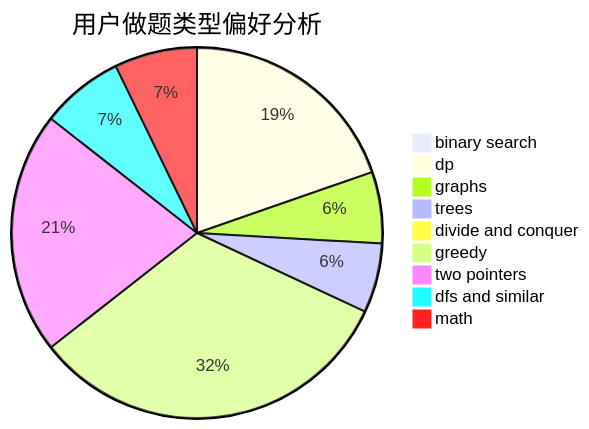
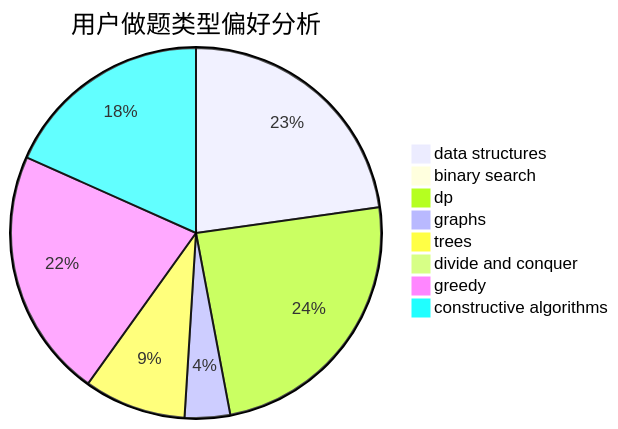
Before and after one commit to sherpahu/cfrs.github.io: the second of 3 diagrams in docs/user/u2190.md, drawn with Mermaid. The commit also changed other lines of this file and 2775 other files, not shown here.

````diff
--- a/docs/user/u2190.md
+++ b/docs/user/u2190.md
@@ -23,12 +23,11 @@
 ```mermaid
 pie title 用户做题类型偏好分析
-    "binary search" :  6
-    "dp" :  120
-    "graphs" :  38
-    "trees" :  37
+    "data structures" :  46
+    "binary search" :  2
+    "dp" :  49
+    "graphs" :  8
+    "trees" :  18
     "divide and conquer" :  0
-    "greedy" :  198
-    "two pointers" :  129
-    "dfs and similar" :  44
-    "math" :  44
+    "greedy" :  44
+    "constructive algorithms" :  37
 ```
````
